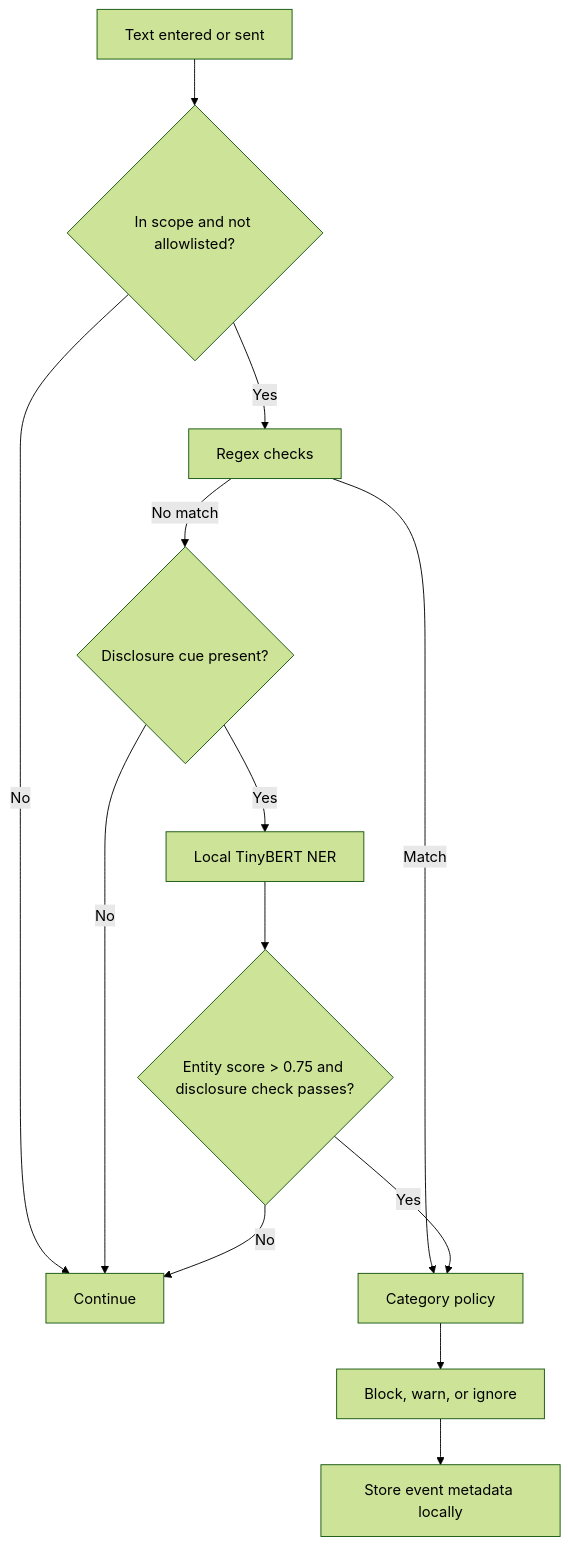
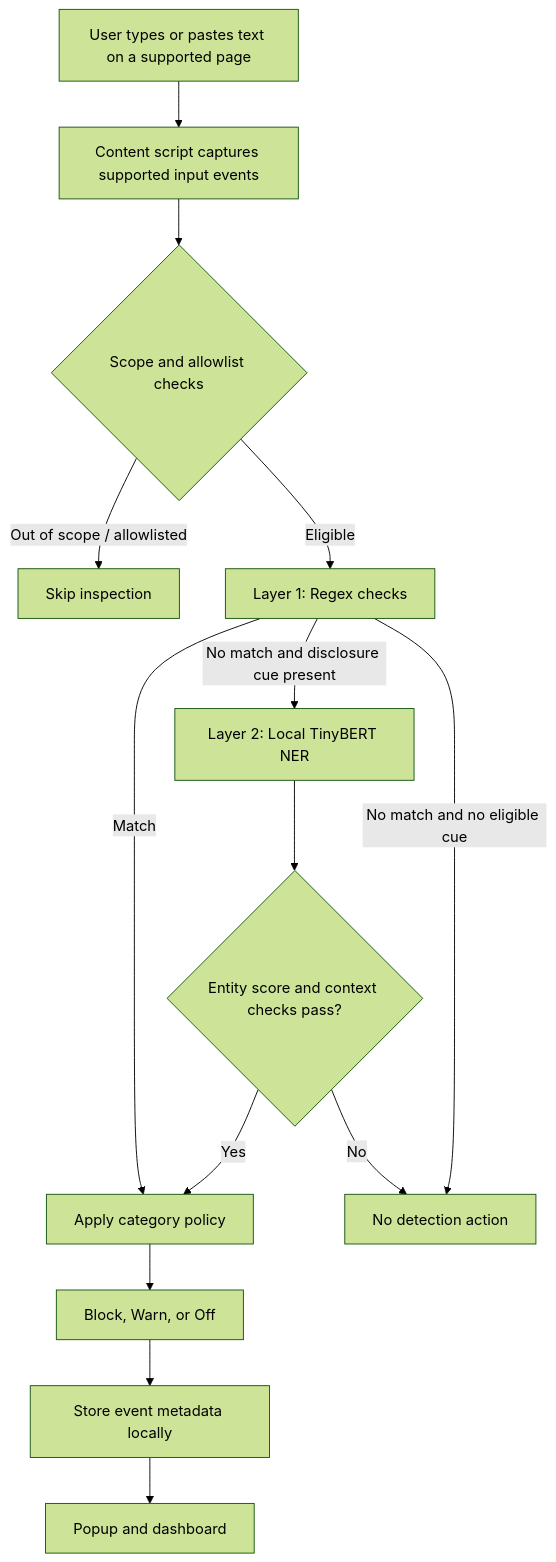
The diagram in README.md (RevHeadGuy/LLM_DATA_LEAKAGE_MONITOR), drawn with Mermaid (forest theme) before and after one commit. The commit also changed other lines of this file, not shown here.

````diff
--- a/README.md
+++ b/README.md
@@ -48,15 +18,16 @@
 ```mermaid
 flowchart TD
-    A[Text entered or sent] --> B{In scope and not allowlisted?}
-    B -- No --> Z[Continue]
-    B -- Yes --> C[Regex checks]
-    C -- Match --> D[Category policy]
-    C -- No match --> E{Disclosure cue present?}
-    E -- No --> Z
-    E -- Yes --> F[Local TinyBERT NER]
-    F --> G{Entity score > 0.75 and disclosure check passes?}
-    G -- No --> Z
-    G -- Yes --> D
-    D --> H[Block, warn, or ignore]
-    H --> I[Store event metadata locally]
+    A[User types or pastes text on a supported page] --> B[Content script captures supported input events]
+    B --> C{Scope and allowlist checks}
+    C -->|Out of scope / allowlisted| Z[Skip inspection]
+    C -->|Eligible| D[Layer 1: Regex checks]
+    D -->|Match| E[Apply category policy]
+    D -->|No match and disclosure cue present| F[Layer 2: Local TinyBERT NER]
+    D -->|No match and no eligible cue| G[No detection action]
+    F --> H{Entity score and context checks pass?}
+    H -->|Yes| E
+    H -->|No| G
+    E --> I[Block, Warn, or Off]
+    I --> J[Store event metadata locally]
+    J --> K[Popup and dashboard]
 ```
````
